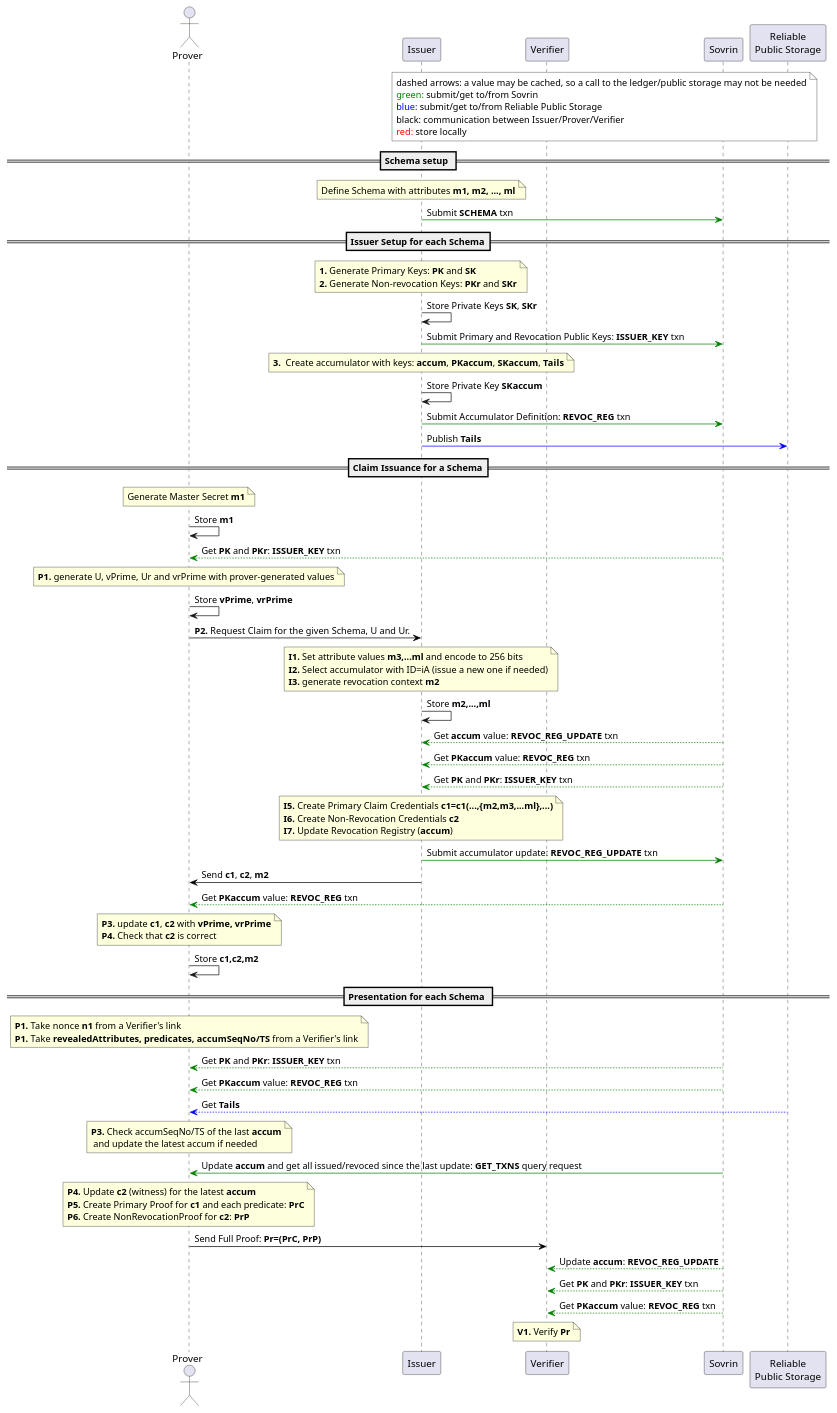
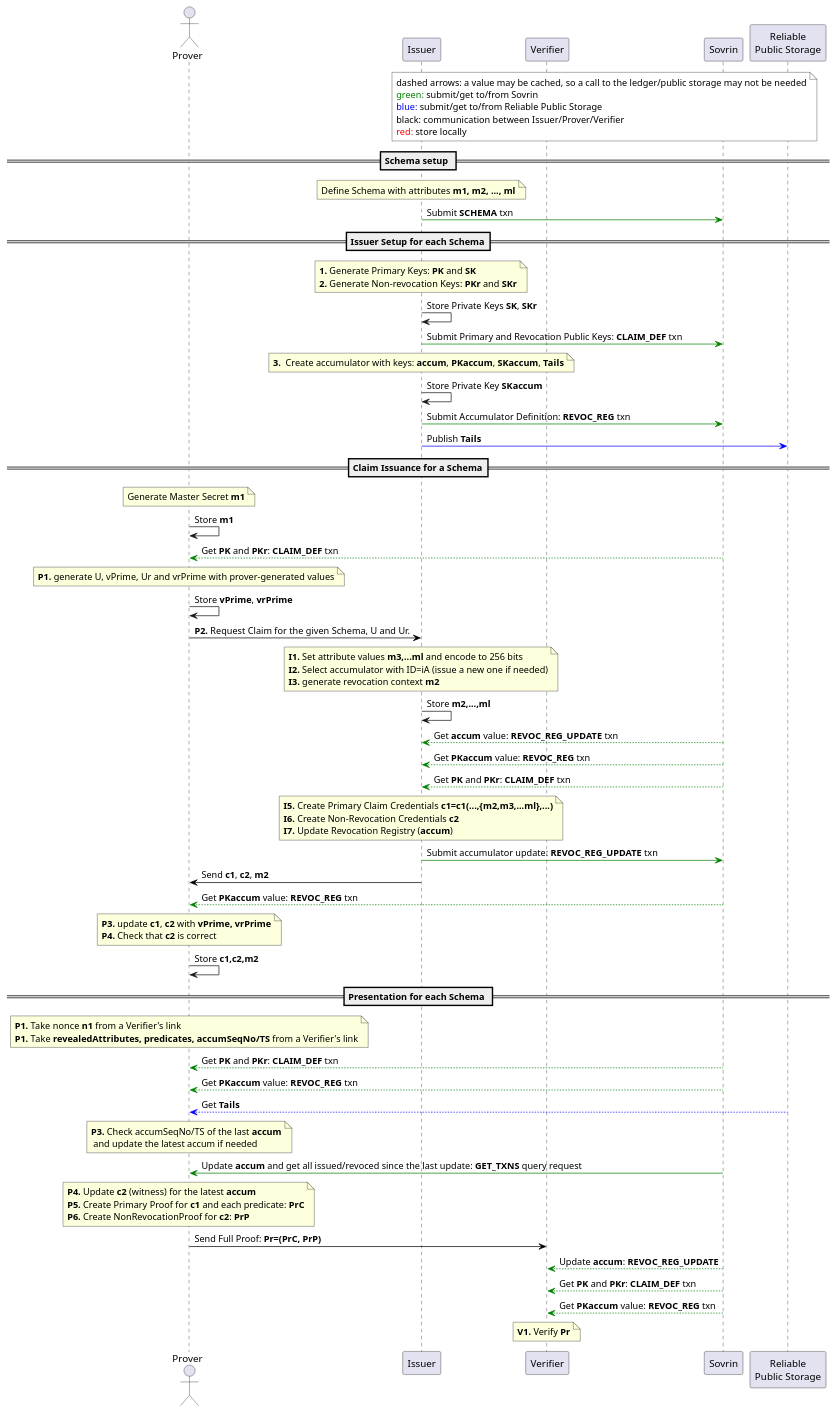
Before and after one commit to hyperledger-archives/indy-anoncreds: the diagram in docs/diagrams/anoncred_seq_sovrin.puml, drawn with PlantUML.

Commit message:
replace ISSUER_KEY by CLAIM_DEF in diagram

```diff
--- a/docs/diagrams/anoncred_seq_sovrin.puml
+++ b/docs/diagrams/anoncred_seq_sovrin.puml
@@ -1,125 +1,125 @@
 @startuml
 actor Prover as P
 participant "Issuer" as I
 participant "Verifier" as V
 participant "Sovrin" as S
 participant "Reliable\nPublic Storage" as D
 
 note over I, D #white
     dashed arrows: a value may be cached, so a call to the ledger/public storage may not be needed
     <font color=green>green:</font> submit/get to/from Sovrin
     <font color=blue>blue:</font> submit/get to/from Reliable Public Storage
     black: communication between Issuer/Prover/Verifier
     <font color=red>red:</font> store locally
 endnote
 
 == Schema setup ==
 
 note over I: Define Schema with attributes **m1, m2, ..., ml**
 
 I -[#green]> S: Submit **SCHEMA** txn
 
 == Issuer Setup for each Schema==
 
 note over I: **1.** Generate Primary Keys: **PK** and **SK**\n**2.** Generate Non-revocation Keys: **PKr** and **SKr**
 
 I -> I: Store Private Keys **SK**, **SKr**
 
-I -[#green]> S: Submit Primary and Revocation Public Keys: **ISSUER_KEY** txn
+I -[#green]> S: Submit Primary and Revocation Public Keys: **CLAIM_DEF** txn
 
 
 note over I:**3.**  Create accumulator with keys: **accum**, **PKaccum**, **SKaccum**, **Tails**
 
 I -> I: Store Private Key **SKaccum**
 
 I -[#green]> S: Submit Accumulator Definition: **REVOC_REG** txn
 
 I -[#blue]> D: Publish **Tails**
 
 
 == Claim Issuance for a Schema==
 
 
 note over P: Generate Master Secret **m1**
 
 P -> P: Store **m1**
 
-S -[#green]-> P: Get **PK** and **PKr**: **ISSUER_KEY** txn
+S -[#green]-> P: Get **PK** and **PKr**: **CLAIM_DEF** txn
 
 note over P: **P1.** generate U, vPrime, Ur and vrPrime with prover-generated values
 
 P -> P: Store **vPrime**, **vrPrime**
 
 P -[#black]> I: **P2.** Request Claim for the given Schema, U and Ur.
 
 note over I
     **I1.** Set attribute values **m3,...ml** and encode to 256 bits
     **I2.** Select accumulator with ID=iA (issue a new one if needed)
     **I3.** generate revocation context **m2**
 end note
 
 I -> I: Store **m2,...,ml**
 
 S -[#green]-> I: Get **accum** value: **REVOC_REG_UPDATE** txn
 
 S -[#green]-> I: Get **PKaccum** value: **REVOC_REG** txn
 
-S -[#green]-> I: Get **PK** and **PKr**: **ISSUER_KEY** txn
+S -[#green]-> I: Get **PK** and **PKr**: **CLAIM_DEF** txn
 
 
 note over I
     **I5.** Create Primary Claim Credentials **c1=c1(...,{m2,m3,...ml},...)**
     **I6.** Create Non-Revocation Credentials **c2**
     **I7.** Update Revocation Registry (**accum**)
 end note
 
 I -[#green]> S: Submit accumulator update: **REVOC_REG_UPDATE** txn
 
 I -[#black]> P: Send **c1**, **c2**, **m2**
 
 S -[#green]-> P: Get **PKaccum** value: **REVOC_REG** txn
 
 note over P
     **P3.** update **c1**, **c2** with **vPrime, vrPrime**
     **P4.** Check that **c2** is correct
 end note
 
 P -> P: Store **c1,c2,m2**
 
 
 == Presentation for each Schema ==
 
 note over P
     **P1.** Take nonce **n1** from a Verifier's link
     **P1.** Take **revealedAttributes, predicates, accumSeqNo/TS** from a Verifier's link
 end note
 
-S -[#green]-> P: Get **PK** and **PKr**: **ISSUER_KEY** txn
+S -[#green]-> P: Get **PK** and **PKr**: **CLAIM_DEF** txn
 
 S -[#green]-> P: Get **PKaccum** value: **REVOC_REG** txn
 
 D -[#blue]-> P: Get **Tails**
 
 note over P: **P3.** Check accumSeqNo/TS of the last **accum**\n and update the latest accum if needed
 
 S -[#green]> P: Update **accum** and get all issued/revoced since the last update: **GET_TXNS** query request
 
 note over P
     **P4.** Update **c2** (witness) for the latest **accum**
     **P5.** Create Primary Proof for **c1** and each predicate: **PrC**
     **P6.** Create NonRevocationProof for **c2**: **PrP**
 end note
 
 P -[#black]> V: Send Full Proof: **Pr=(PrC, PrP)**
 
 S -[#green]-> V: Update **accum**: **REVOC_REG_UPDATE**
 
-S -[#green]-> V: Get **PK** and **PKr**: **ISSUER_KEY** txn
+S -[#green]-> V: Get **PK** and **PKr**: **CLAIM_DEF** txn
 
 S -[#green]-> V: Get **PKaccum** value: **REVOC_REG** txn
 
 note over V: **V1.** Verify **Pr**
 
 
 
 @enduml
```
